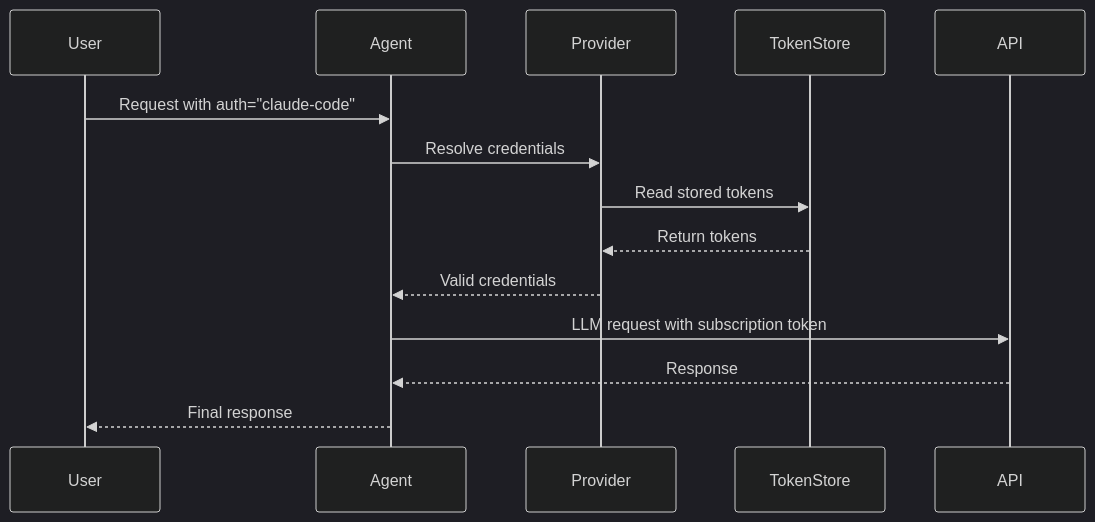
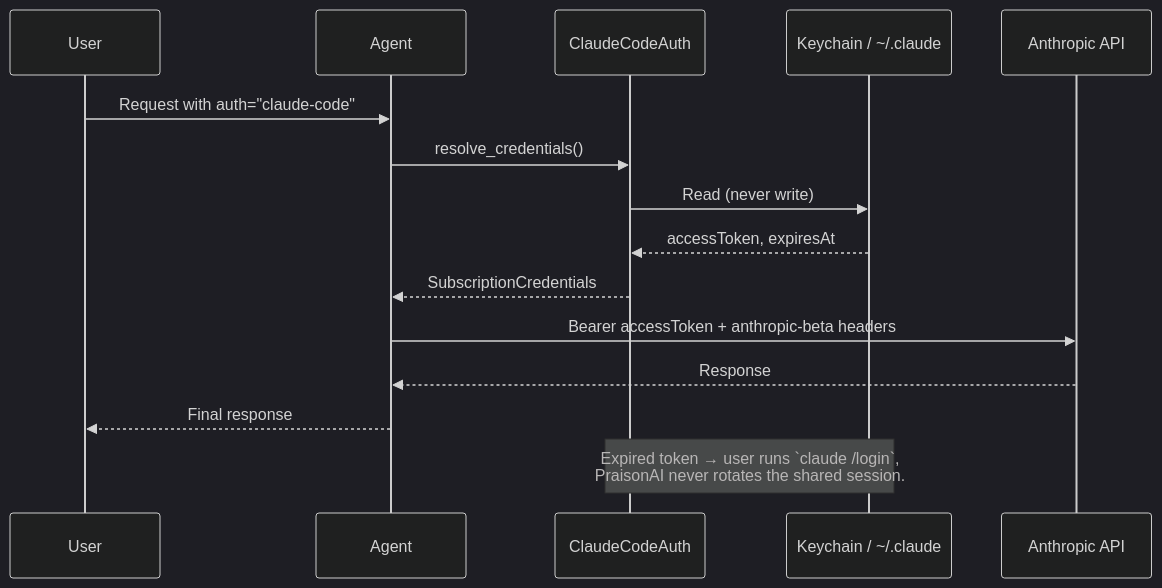
One commit to MervinPraison/PraisonAIDocs changed the second of 4 diagrams in docs/features/subscription-auth.mdx. Above: the diagram before and after it, drawn with Mermaid (dark theme). The commit also changed other lines of this file, not shown here.

First line of the commit message:
docs: mark claude-code auth read-only, drop context-1m beta (fixes #2322)

````diff
--- a/docs/features/subscription-auth.mdx
+++ b/docs/features/subscription-auth.mdx
@@ -75,17 +79,18 @@
 ```mermaid
 sequenceDiagram
     participant User
     participant Agent
-    participant Provider
-    participant TokenStore
-    participant API
+    participant Provider as ClaudeCodeAuth
+    participant Store as Keychain / ~/.claude
+    participant API as Anthropic API
 
     User->>Agent: Request with auth="claude-code"
-    Agent->>Provider: Resolve credentials
-    Provider->>TokenStore: Read stored tokens
-    TokenStore-->>Provider: Return tokens
-    Provider-->>Agent: Valid credentials
-    Agent->>API: LLM request with subscription token
+    Agent->>Provider: resolve_credentials()
+    Provider->>Store: Read (never write)
+    Store-->>Provider: accessToken, expiresAt
+    Provider-->>Agent: SubscriptionCredentials
+    Agent->>API: Bearer accessToken + anthropic-beta headers
     API-->>Agent: Response
     Agent-->>User: Final response
+    Note over Provider,Store: Expired token → user runs `claude /login`,<br/>PraisonAI never rotates the shared session.
 ```
````
